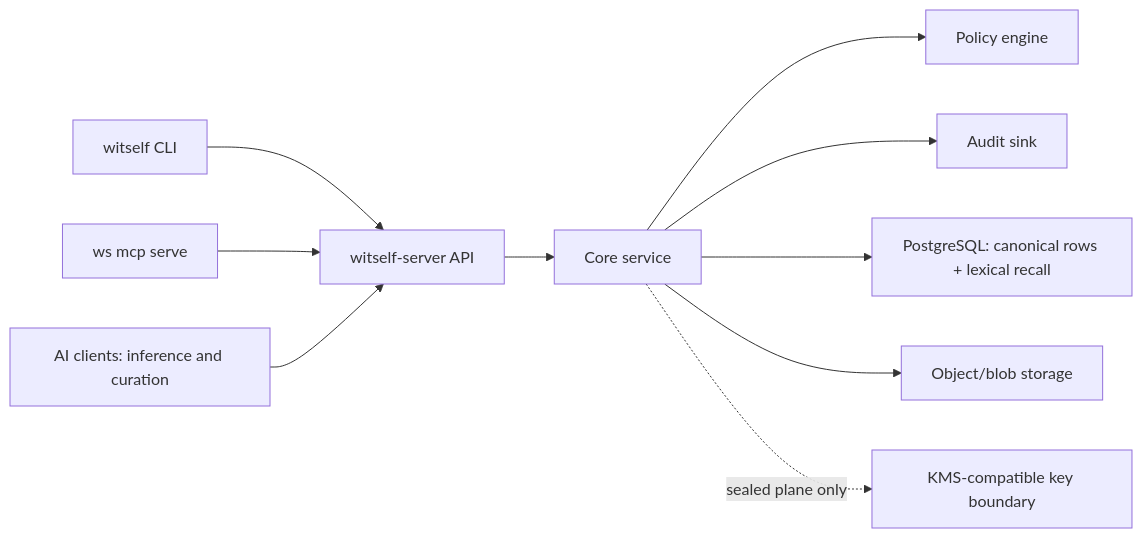
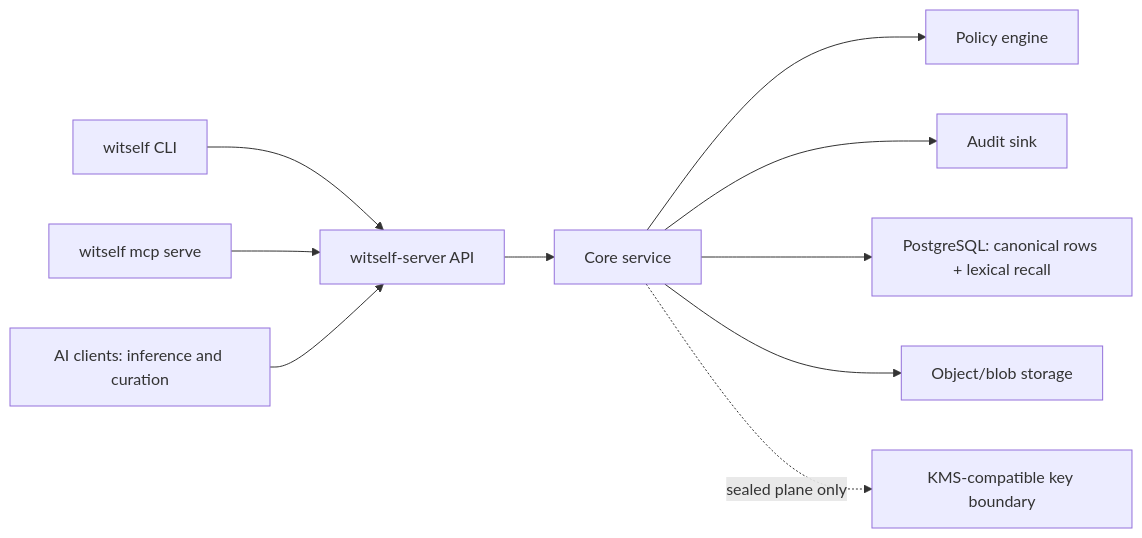
Before and after one commit to witwave-ai/witself: the diagram in docs/self-hosting.md, drawn with Mermaid. The commit also changed other lines of this file and 16 other files, not shown here.

````diff
--- a/docs/self-hosting.md
+++ b/docs/self-hosting.md
@@ -71,12 +71,12 @@
 ```mermaid
 flowchart LR
   CLI["witself CLI"] --> API["witself-server API"]
-  MCP["ws mcp serve"] --> API
+  MCP["witself mcp serve"] --> API
   API --> Core["Core service"]
   Core --> Policy["Policy engine"]
   Core --> Audit["Audit sink"]
   Client["AI clients: inference and curation"] --> API
   Core --> Store["PostgreSQL: canonical rows + lexical recall"]
   Core --> Blob["Object/blob storage"]
   Core -. "sealed plane only" .-> KMS["KMS-compatible key boundary"]
 ```
````
